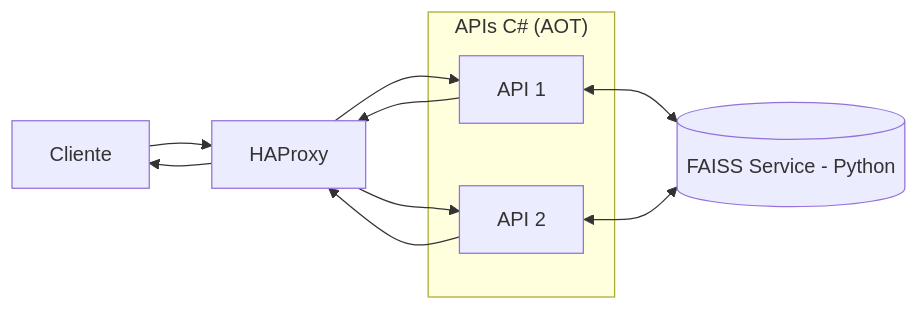
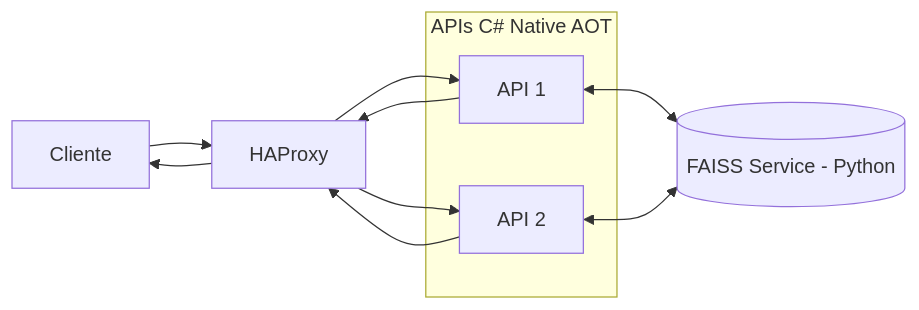
The diagram in README.md (micheloliveira-com/rinha-de-backend-2026-dotnet-csharp-with-python-faiss), drawn with Mermaid before and after one commit. The commit also changed other lines of this file, not shown here.

Commit message:
refactor(README.md): update architecture diagram and add links to articles about the challenge

````diff
--- a/README.md
+++ b/README.md
@@ -21,23 +33,23 @@
-``` mermaid
+```mermaid
 flowchart LR
     client[Cliente]
     lb[HAProxy]
 
-    subgraph api_cluster["APIs C# (AOT)"]
+    subgraph api_cluster["APIs C# Native AOT"]
         api1[API 1]
         api2[API 2]
     end
 
     faiss[(FAISS Service - Python)]
 
     client --> lb
     lb --> api1
     lb --> api2
 
     api1 <--> faiss
     api2 <--> faiss
 
     api1 --> lb
     api2 --> lb
     lb --> client
 ```
````
